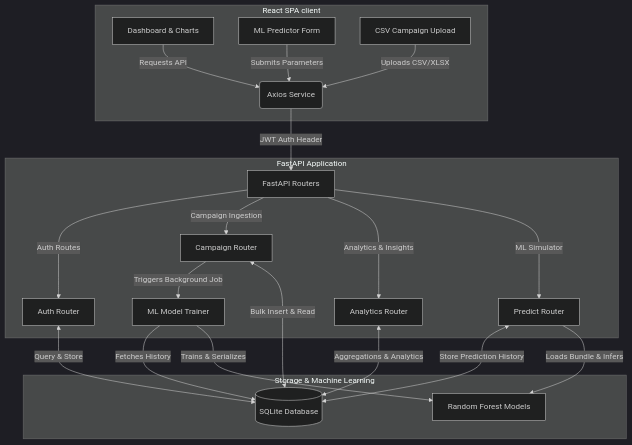
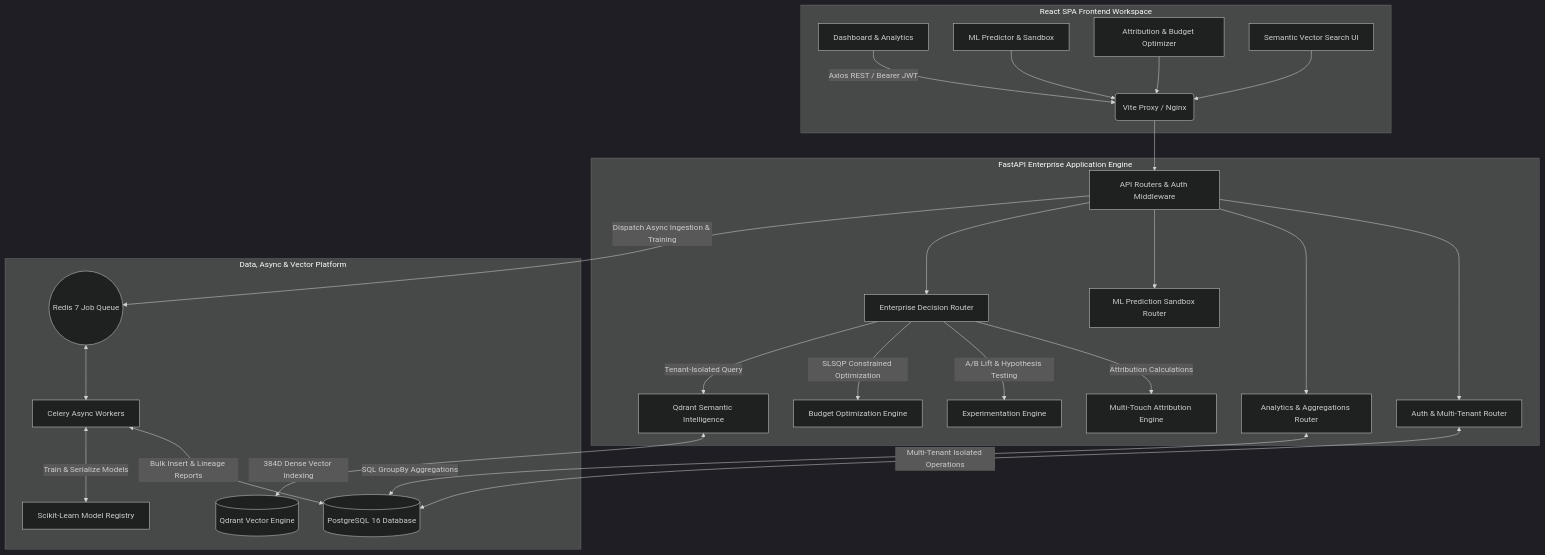
Before and after one commit to Yuyutsu01/MarketPulse: the diagram in README.md, drawn with Mermaid (dark theme). The commit also changed other lines of this file and 5 other files, not shown here.

````diff
--- a/README.md
+++ b/README.md
@@ -25,32 +46,37 @@
 ```mermaid
 graph TD
-    %% Frontend Components
-    subgraph Frontend [React SPA client]
-        A[Dashboard & Charts] -->|Requests API| B(Axios Service)
-        C[ML Predictor Form] -->|Submits Parameters| B
-        D[CSV Campaign Upload] -->|Uploads CSV/XLSX| B
+    %% Client & Gateway
+    subgraph ClientLayer [React SPA Frontend Workspace]
+        A[Dashboard & Analytics] -->|Axios REST / Bearer JWT| B(Vite Proxy / Nginx)
+        C[ML Predictor & Sandbox] --> B
+        D[Attribution & Budget Optimizer] --> B
+        E[Semantic Vector Search UI] --> B
     end
 
-    %% Backend Components
-    subgraph Backend [FastAPI Application]
-        B -->|JWT Auth Header| E[FastAPI Routers]
-        E -->|Auth Routes| F[Auth Router]
-        E -->|Campaign Ingestion| G[Campaign Router]
-        E -->|Analytics & Insights| H[Analytics Router]
-        E -->|ML Simulator| I[Predict Router]
-        
-        G -->|Triggers Background Job| J[ML Model Trainer]
+    %% Application Server
+    subgraph BackendLayer [FastAPI Enterprise Application Engine]
+        B --> F[API Routers & Auth Middleware]
+        F --> G[Auth & Multi-Tenant Router]
+        F --> H[Analytics & Aggregations Router]
+        F --> I[ML Prediction Sandbox Router]
+        F --> J[Enterprise Decision Router]
+
+        J -->|Attribution Calculations| K[Multi-Touch Attribution Engine]
+        J -->|A/B Lift & Hypothesis Testing| L[Experimentation Engine]
+        J -->|SLSQP Constrained Optimization| M[Budget Optimization Engine]
+        J -->|Tenant-Isolated Query| N[Qdrant Semantic Intelligence]
     end
 
-    %% Storage & ML Layers
-    subgraph Data & ML Engines [Storage & Machine Learning]
-        F <-->|Query & Store| K[(SQLite Database)]
-        G <-->|Bulk Insert & Read| K
-        H <-->|Aggregations & Analytics| K
-        I <-->|Store Prediction History| K
+    %% Storage & Worker Async Infrastructure
+    subgraph Infrastructure [Data, Async & Vector Platform]
+        G <-->|Multi-Tenant Isolated Operations| O[(PostgreSQL 16 Database)]
+        H <-->|SQL GroupBy Aggregations| O
         
-        J -->|Fetches History| K
-        J -->|Trains & Serializes| L[Random Forest Models]
-        I -->|Loads Bundle & Infers| L
+        F -->|Dispatch Async Ingestion & Training| P((Redis 7 Job Queue))
+        P <--> Q[Celery Async Workers]
+        Q <-->|Bulk Insert & Lineage Reports| O
+        Q <-->|Train & Serialize Models| R[Scikit-Learn Model Registry]
+        
+        N <-->|384D Dense Vector Indexing| S[(Qdrant Vector Engine)]
     end
 ```
````
